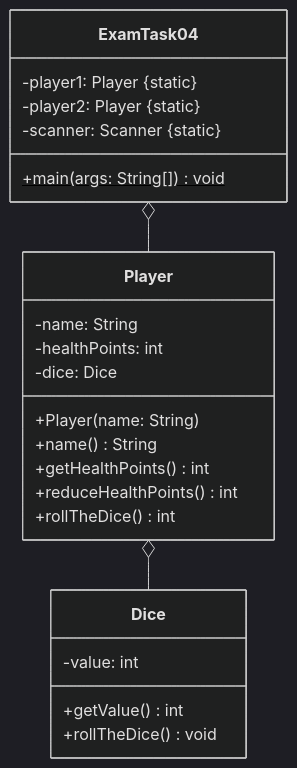
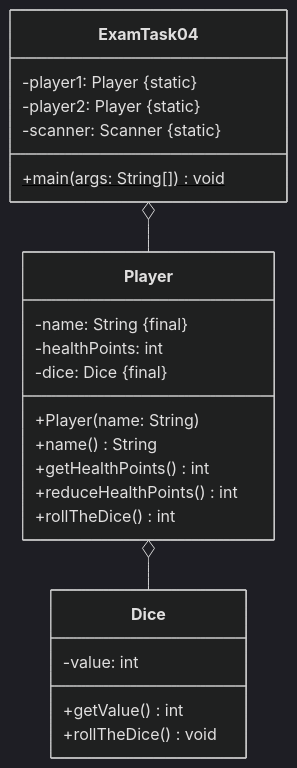
The second of 3 diagrams in docs/additional-material/daniel-java1/sample-exam.md (jappuccini/java-docs), drawn with Mermaid (dark theme) before and after one commit. The commit also changed other lines of this file and 1 other file, not shown here.

````diff
--- a/docs/additional-material/daniel-java1/sample-exam.md
+++ b/docs/additional-material/daniel-java1/sample-exam.md
@@ -371,29 +371,29 @@
 ```mermaid
 classDiagram
     ExamTask04 o-- Player
     Player o-- Dice
 
     class ExamTask04 {
         -player1: Player &#123static&#125
         -player2: Player &#123static&#125
         -scanner: Scanner &#123static&#125
         +main(args: String[])$ void
     }
 
     class Player {
-        -name: String
+        -name: String &#123final&#125
         -healthPoints: int
-        -dice: Dice
+        -dice: Dice &#123final&#125
         +Player(name: String)
         +name() String
         +getHealthPoints() int
         +reduceHealthPoints() int
         +rollTheDice() int
     }
 
     class Dice {
         -value: int
         +getValue() int
         +rollTheDice() void
     }
 ```
````
